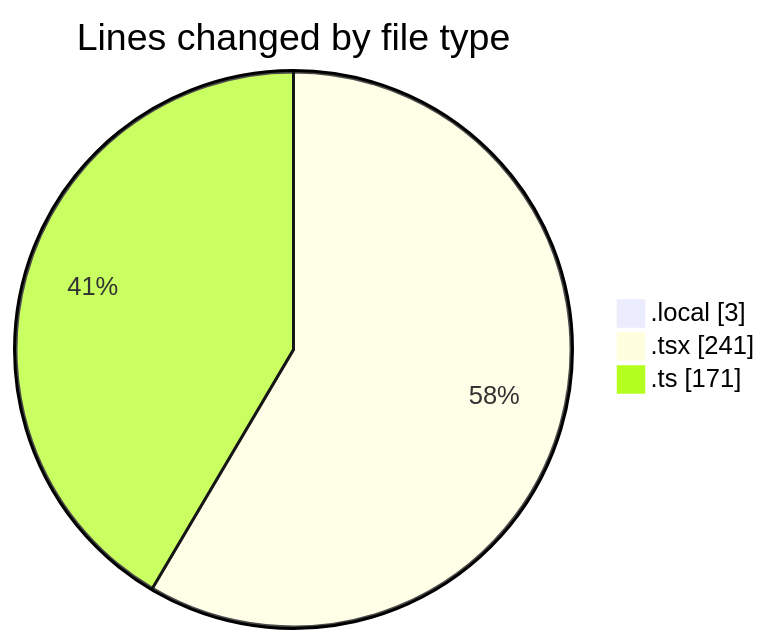
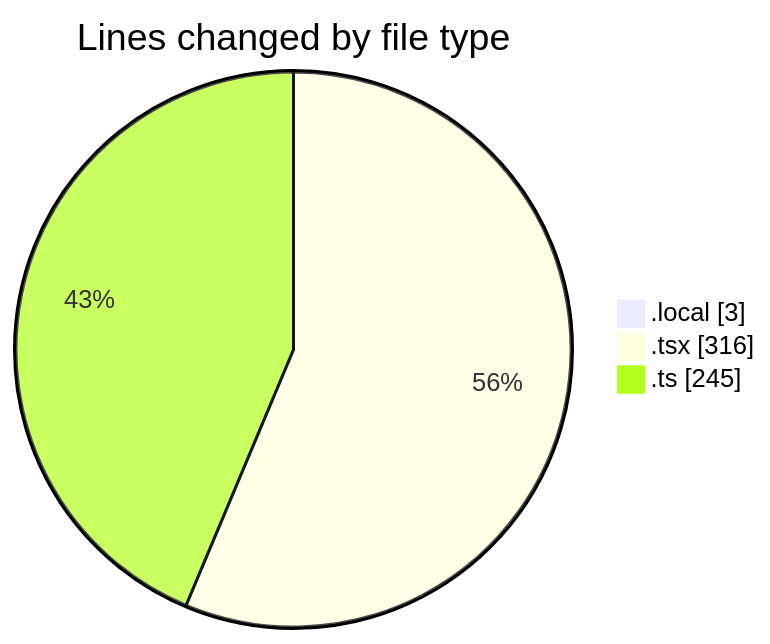
One commit to julien-gomy/code-tracking changed the first of 2 diagrams in 2025-11-20/eventscop-frontend-guide__workspace_/README.md. Above: the diagram before and after it, drawn with Mermaid. The commit also changed other lines of this file and 1 other file, not shown here.

````diff
--- a/2025-11-20/eventscop-frontend-guide__workspace_/README.md
+++ b/2025-11-20/eventscop-frontend-guide__workspace_/README.md
@@ -25,7 +27,7 @@
 ```mermaid
 pie showData
 title Lines changed by file type
 ".local" : 3
-".tsx" : 241
-".ts" : 171
+".tsx" : 316
+".ts" : 245
 ```
````
